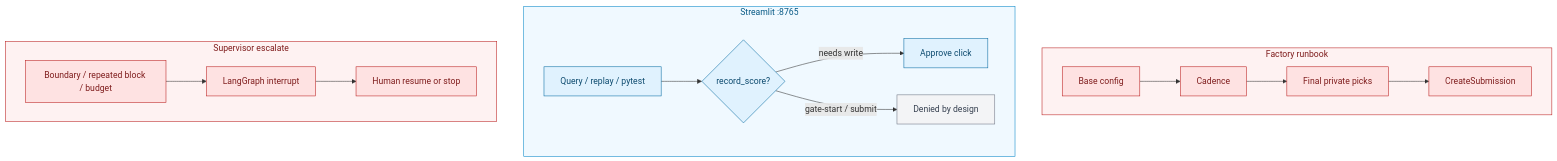
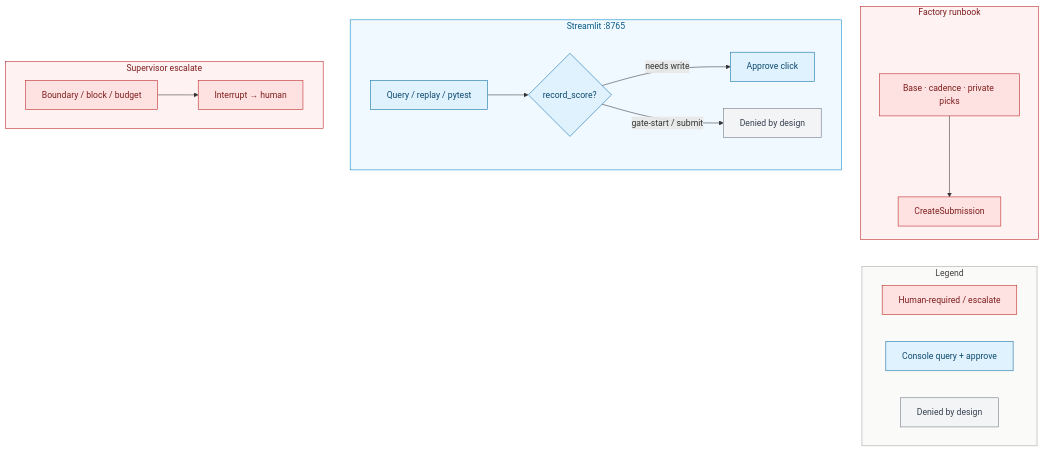
Before and after one commit to khaosans/noisegate-gemma4-factory: the second of 2 diagrams in docs/wiki/Requirements-Compliance.md, drawn with Mermaid. The commit also changed other lines of this file and 4 other files, not shown here.

First line of the commit message:
docs: move Mermaid color legends into diagram subgraphs

````diff
--- a/docs/wiki/Requirements-Compliance.md
+++ b/docs/wiki/Requirements-Compliance.md
@@ -78,29 +84,35 @@
 ```mermaid
 flowchart TB
   subgraph FactoryHITL["Factory runbook"]
-    F1[Base config] --> F2[Cadence]
-    F2 --> F3[Final private picks]
-    F3 --> F4[CreateSubmission]
+    F1[Base · cadence · private picks] --> F4[CreateSubmission]
   end
 
   subgraph ConsoleHITL["Streamlit :8765"]
     C1[Query / replay / pytest] --> C2{record_score?}
     C2 -->|needs write| C3[Approve click]
     C2 -->|gate-start / submit| C4[Denied by design]
   end
 
   subgraph SuperHITL["Supervisor escalate"]
-    E1[Boundary / repeated block / budget] --> E2[LangGraph interrupt]
-    E2 --> E3[Human resume or stop]
+    E1[Boundary / block / budget] --> E2[Interrupt → human]
   end
+
+  subgraph Legend["Legend"]
+    direction LR
+    LegH[Human-required / escalate]
+    LegO[Console query + approve]
+    LegD[Denied by design]
+  end
+  F4 ~~~ LegH
 
   classDef hitl fill:#FEE2E2,stroke:#B91C1C,color:#7F1D1D
   classDef ops fill:#E0F2FE,stroke:#0369A1,color:#0C4A6E
   classDef deny fill:#F3F4F6,stroke:#6B7280,color:#374151
-  class F1,F2,F3,F4,E1,E2,E3 hitl
-  class C1,C2,C3 ops
-  class C4 deny
+  class F1,F4,E1,E2,LegH hitl
+  class C1,C2,C3,LegO ops
+  class C4,LegD deny
   style FactoryHITL fill:#FEF2F2,stroke:#B91C1C,color:#7F1D1D
   style ConsoleHITL fill:#F0F9FF,stroke:#0284C7,color:#075985
   style SuperHITL fill:#FEF2F2,stroke:#B91C1C,color:#7F1D1D
+  style Legend fill:#FAFAF9,stroke:#A8A29E,color:#44403C
 ```
````
